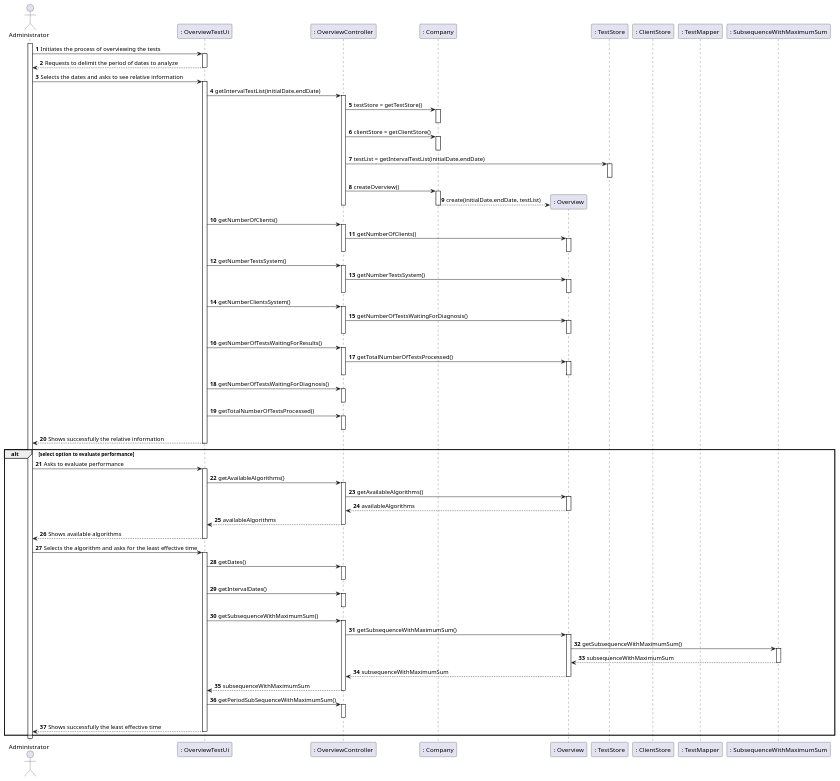
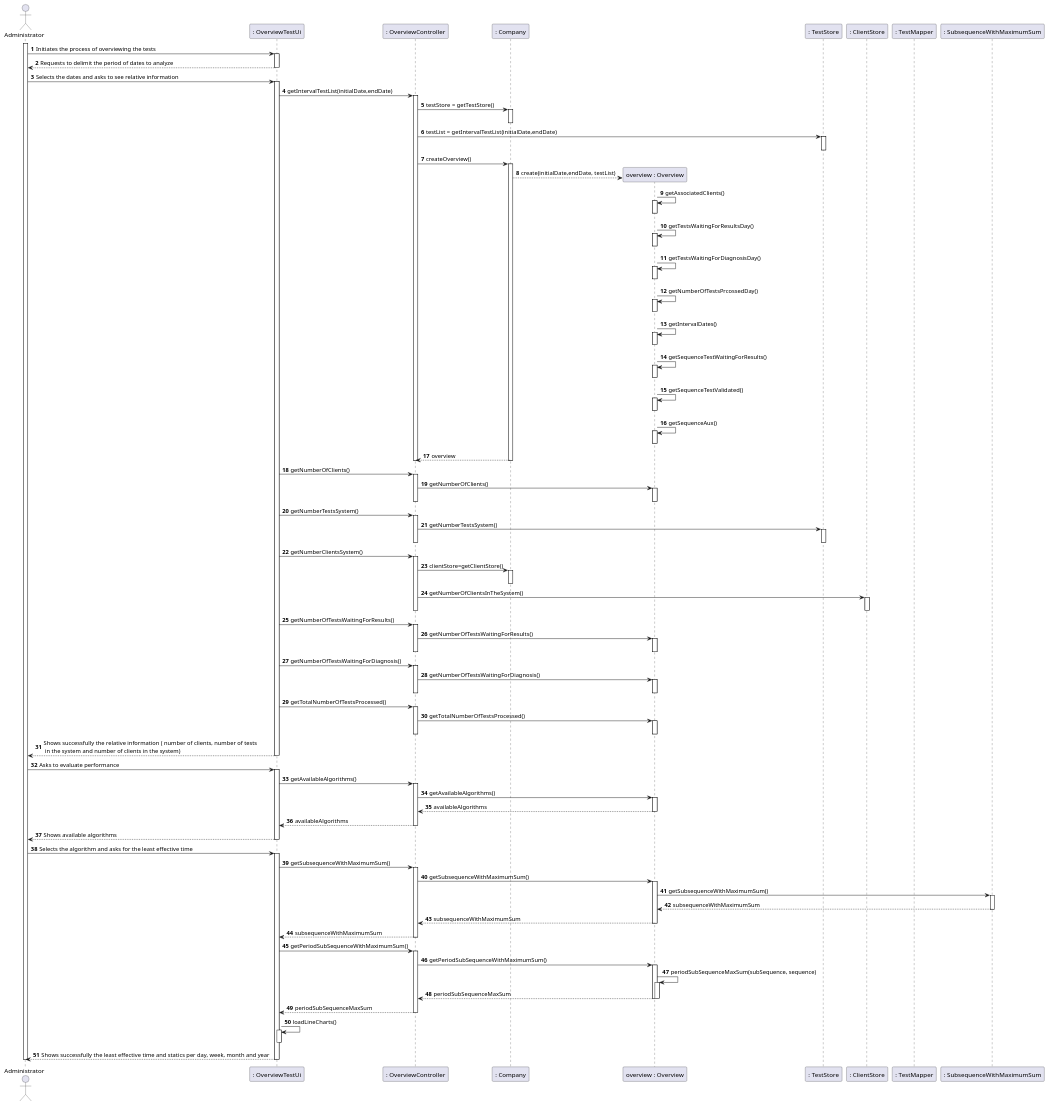
One commit to manu-07-ela/LAPR2_ISEP changed the diagram in docs/SprintD/US16/US16_SD.puml. Above: the diagram before and after it, drawn with PlantUML. The commit also changed 2868 other files, not shown here.

```diff
--- a/docs/SprintD/US16/US16_SD.puml
+++ b/docs/SprintD/US16/US16_SD.puml
@@ -1,124 +1,165 @@
 @startuml
 autonumber
 'hide footbox
 actor "Administrator" as ADMIN
 
 participant ": OverviewTestUi" as UI
 participant ": OverviewController" as CTRL
 participant ": Company" as COMP
-participant ": Overview" as OVERVIEW
+participant "overview : Overview" as OVERVIEW
 participant ": TestStore" as TS
 participant ": ClientStore" as CS
 participant ": TestMapper" as tMAPPER
 participant ": SubsequenceWithMaximumSum" as interface
 
 activate ADMIN
 ADMIN -> UI : Initiates the process of overviewing the tests
 activate UI
 UI --> ADMIN : Requests to delimit the period of dates to analyze
 deactivate UI
 
 ADMIN -> UI : Selects the dates and asks to see relative information
 activate UI
 UI -> CTRL : getIntervalTestList(initialDate,endDate)
 activate CTRL
 
 CTRL -> COMP : testStore = getTestStore()
 activate COMP
 deactivate COMP
-CTRL -> COMP : clientStore = getClientStore()
-activate COMP
-deactivate COMP
 CTRL -> TS : testList = getIntervalTestList(initialDate,endDate)
 activate TS
 deactivate TS
 CTRL -> COMP : createOverview()
 activate COMP
 COMP --> OVERVIEW** : create(initialDate,endDate, testList)
+OVERVIEW -> OVERVIEW: getAssociatedClients()
+activate OVERVIEW
+deactivate OVERVIEW
+OVERVIEW -> OVERVIEW: getTestsWaitingForResultsDay()
+activate OVERVIEW
+deactivate OVERVIEW
+OVERVIEW -> OVERVIEW: getTestsWaitingForDiagnosisDay()
+activate OVERVIEW
+deactivate OVERVIEW
+OVERVIEW -> OVERVIEW: getNumberOfTestsPrcossedDay()
+activate OVERVIEW
+deactivate OVERVIEW
+OVERVIEW -> OVERVIEW: getIntervalDates()
+activate OVERVIEW
+deactivate OVERVIEW
+OVERVIEW -> OVERVIEW: getSequenceTestWaitingForResults()
+activate OVERVIEW
+deactivate OVERVIEW
+OVERVIEW -> OVERVIEW: getSequenceTestValidated()
+activate OVERVIEW
+deactivate OVERVIEW
+OVERVIEW -> OVERVIEW: getSequenceAux()
+activate OVERVIEW
+deactivate OVERVIEW
+
+COMP --> CTRL : overview
 deactivate COMP
 deactivate CTRL
 
-deactivate CTRL
 UI -> CTRL : getNumberOfClients()
+
+
 activate CTRL
 CTRL -> OVERVIEW : getNumberOfClients()
 activate OVERVIEW
 deactivate OVERVIEW
 deactivate CTRL
 
 UI -> CTRL : getNumberTestsSystem()
 activate CTRL
-CTRL -> OVERVIEW : getNumberTestsSystem()
+CTRL -> TS: getNumberTestsSystem()
+activate TS
+deactivate TS
+deactivate CTRL
+
+UI -> CTRL : getNumberClientsSystem()
+activate CTRL
+CTRL -> COMP : clientStore=getClientStore()
+activate COMP
+deactivate COMP
+CTRL -> CS : getNumberOfClientsInTheSystem()
+activate CS
+deactivate CS
+
+deactivate CTRL
+
+UI -> CTRL : getNumberOfTestsWaitingForResults()
+activate CTRL
+CTRL -> OVERVIEW : getNumberOfTestsWaitingForResults()
 activate OVERVIEW
 deactivate OVERVIEW
 deactivate CTRL
 
-UI -> CTRL : getNumberClientsSystem()
+UI -> CTRL : getNumberOfTestsWaitingForDiagnosis()
 activate CTRL
 CTRL -> OVERVIEW : getNumberOfTestsWaitingForDiagnosis()
 activate OVERVIEW
 deactivate OVERVIEW
 deactivate CTRL
 
-UI -> CTRL : getNumberOfTestsWaitingForResults()
+UI -> CTRL : getTotalNumberOfTestsProcessed()
 activate CTRL
 CTRL -> OVERVIEW : getTotalNumberOfTestsProcessed()
 activate OVERVIEW
 deactivate OVERVIEW
 deactivate CTRL
 
-UI -> CTRL : getNumberOfTestsWaitingForDiagnosis()
-activate CTRL
-deactivate CTRL
-
-UI -> CTRL : getTotalNumberOfTestsProcessed()
-activate CTRL
-deactivate CTRL
-
-UI --> ADMIN : Shows successfully the relative information
+UI --> ADMIN : Shows successfully the relative information ( number of clients, number of tests \n in the system and number of clients in the system)
 deactivate UI
-alt select option to evaluate performance
 ADMIN -> UI : Asks to evaluate performance
 activate UI
 UI -> CTRL : getAvailableAlgorithms()
 activate CTRL
 CTRL -> OVERVIEW : getAvailableAlgorithms()
 activate OVERVIEW
 OVERVIEW --> CTRL : availableAlgorithms
 deactivate OVERVIEW
 CTRL --> UI : availableAlgorithms
 deactivate CTRL
 UI --> ADMIN : Shows available algorithms
 deactivate UI
 
 ADMIN -> UI : Selects the algorithm and asks for the least effective time
 activate UI
-UI -> CTRL : getDates()
-activate CTRL
-deactivate CTRL
-UI -> CTRL : getIntervalDates()
-activate CTRL
-deactivate CTRL
+
 UI -> CTRL : getSubsequenceWithMaximumSum()
 activate CTRL
 CTRL -> OVERVIEW : getSubsequenceWithMaximumSum()
 activate OVERVIEW
 OVERVIEW -> interface : getSubsequenceWithMaximumSum()
 activate interface
 interface --> OVERVIEW : subsequenceWithMaximumSum
 deactivate interface
 OVERVIEW --> CTRL : subsequenceWithMaximumSum
 deactivate OVERVIEW
 CTRL --> UI : subsequenceWithMaximumSum
 deactivate CTRL
 
 UI -> CTRL : getPeriodSubSequenceWithMaximumSum()
 activate CTRL
+CTRL -> OVERVIEW : getPeriodSubSequenceWithMaximumSum()
+activate OVERVIEW
+OVERVIEW -> OVERVIEW : periodSubSequenceMaxSum(subSequence, sequence)
+activate OVERVIEW
+OVERVIEW --> CTRL : periodSubSequenceMaxSum
+deactivate OVERVIEW
+deactivate OVERVIEW
+CTRL --> UI : periodSubSequenceMaxSum
 deactivate CTRL
 
-UI --> ADMIN : Shows successfully the least effective time
+UI -> UI : loadLineCharts()
+activate UI
 deactivate UI
-end
+
+
+UI --> ADMIN : Shows successfully the least effective time and statics per day, week, month and year
+deactivate UI
+
 deactivate ADMIN
 
 @enduml
```
